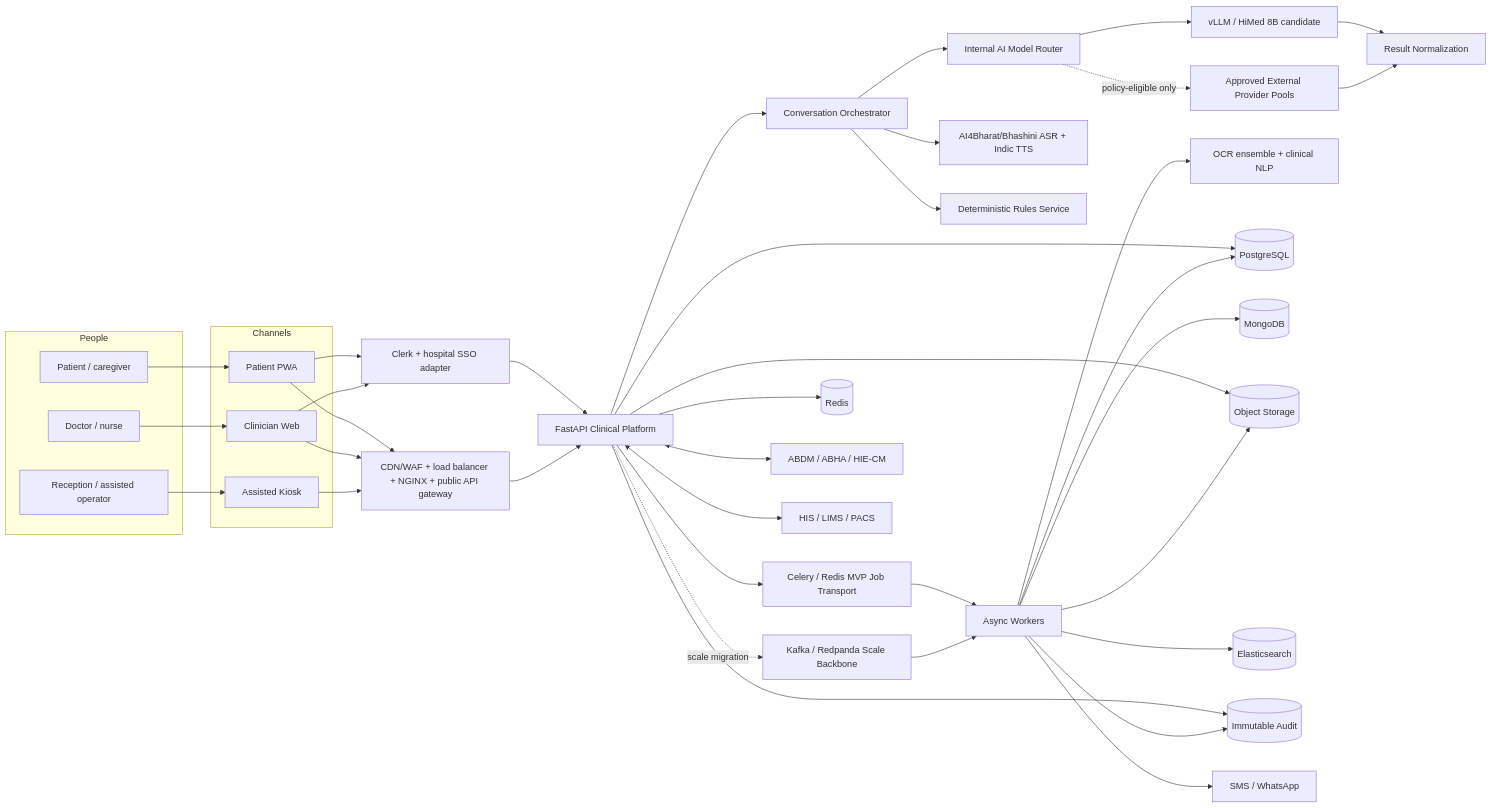
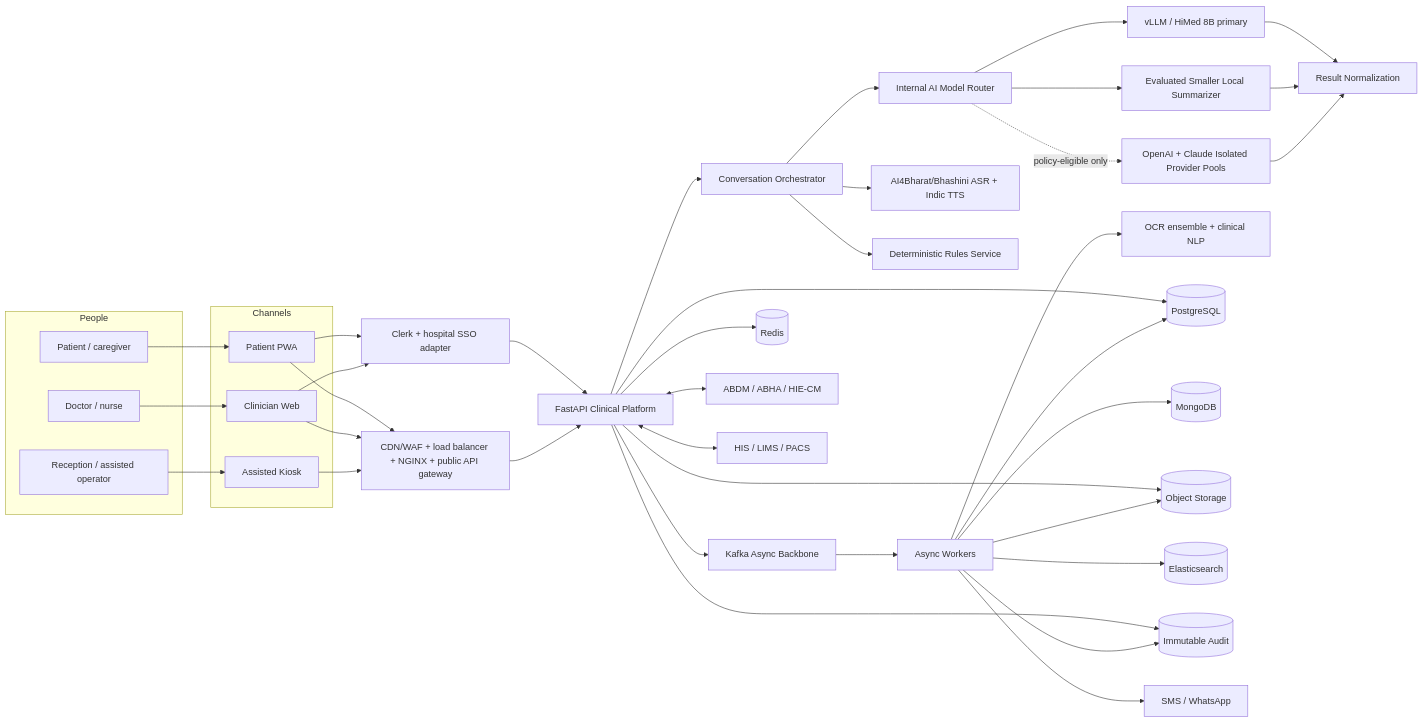
Before and after one commit to shivamsingh-007/NotMID: the second of 3 diagrams in patient-case-taking-platform/CONTEXT-GRAPH.md, drawn with Mermaid. The commit also changed 16 other files, not shown here.

````diff
--- a/patient-case-taking-platform/CONTEXT-GRAPH.md
+++ b/patient-case-taking-platform/CONTEXT-GRAPH.md
@@ -48,74 +48,74 @@
 ```mermaid
 flowchart LR
     subgraph USERS["People"]
         P["Patient / caregiver"]
         C["Doctor / nurse"]
         R["Reception / assisted operator"]
     end
 
     subgraph CHANNELS["Channels"]
         PP["Patient PWA"]
         CW["Clinician Web"]
         AK["Assisted Kiosk"]
     end
 
     CLERK["Clerk + hospital SSO adapter"]
     EDGE["CDN/WAF + load balancer + NGINX + public API gateway"]
     CORE["FastAPI Clinical Platform"]
     CONV["Conversation Orchestrator"]
     AI["Internal AI Model Router"]
-    VLLM["vLLM / HiMed 8B candidate"]
-    EXT["Approved External Provider Pools"]
+    VLLM["vLLM / HiMed 8B primary"]
+    FAST["Evaluated Smaller Local Summarizer"]
+    EXT["OpenAI + Claude Isolated Provider Pools"]
     NORMALIZE["Result Normalization"]
     SPEECH["AI4Bharat/Bhashini ASR + Indic TTS"]
     OCR["OCR ensemble + clinical NLP"]
     RULES["Deterministic Rules Service"]
-    JOBS["Celery / Redis MVP Job Transport"]
-    BUS["Kafka / Redpanda Scale Backbone"]
+    BUS["Kafka Async Backbone"]
     WORKERS["Async Workers"]
     PG[("PostgreSQL")]
     MONGO[("MongoDB")]
     OBJ[("Object Storage")]
     REDIS[("Redis")]
     SEARCH[("Elasticsearch")]
     AUDIT[("Immutable Audit")]
     ABDM["ABDM / ABHA / HIE-CM"]
     HOSP["HIS / LIMS / PACS"]
     MSG["SMS / WhatsApp"]
 
     P --> PP
     C --> CW
     R --> AK
     PP --> EDGE
     CW --> EDGE
     AK --> EDGE
     PP --> CLERK
     CW --> CLERK
     CLERK --> CORE
     EDGE --> CORE
     CORE --> CONV
     CONV --> AI
     AI --> VLLM
+    AI --> FAST
     AI -. policy-eligible only .-> EXT
     VLLM --> NORMALIZE
+    FAST --> NORMALIZE
     EXT --> NORMALIZE
     CONV --> SPEECH
     WORKERS --> OCR
     CONV --> RULES
     CORE --> PG
     WORKERS --> MONGO
     CORE --> REDIS
     CORE --> OBJ
-    CORE --> JOBS
-    CORE -. scale migration .-> BUS
-    JOBS --> WORKERS
+    CORE --> BUS
     BUS --> WORKERS
     WORKERS --> OBJ
     WORKERS --> PG
     WORKERS --> SEARCH
     CORE --> AUDIT
     WORKERS --> AUDIT
     CORE <--> ABDM
     CORE <--> HOSP
     WORKERS --> MSG
 ```
````
